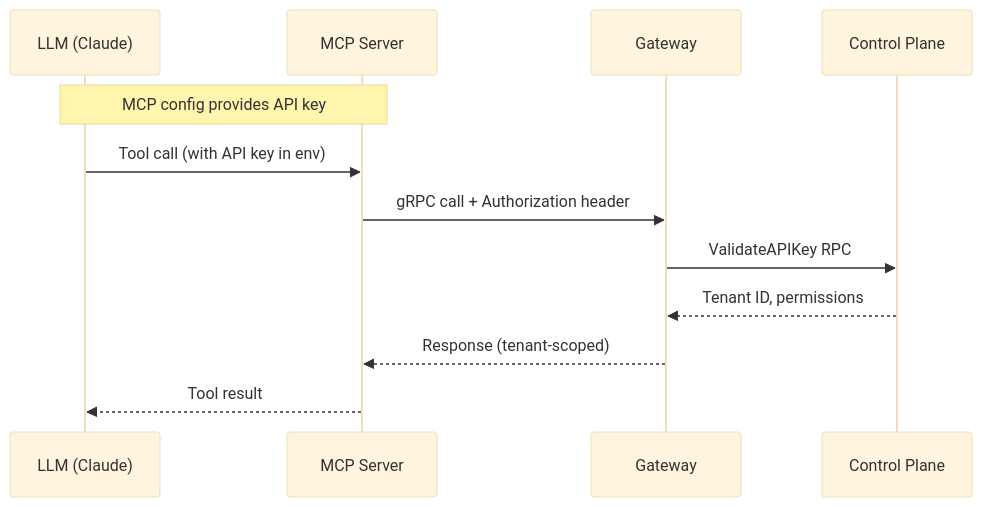
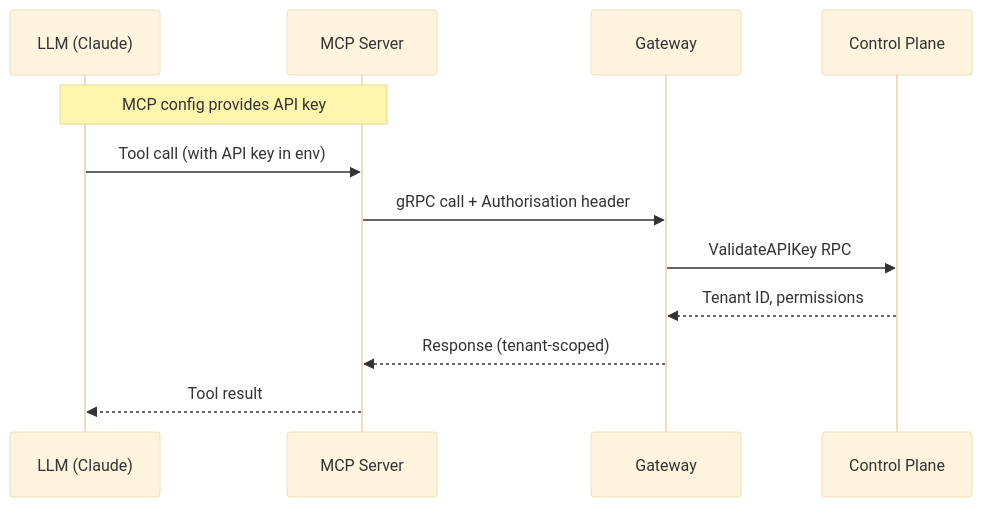
Before and after one commit to meridianhub/meridian: the third of 6 diagrams in docs/prd/027-mcp-server.md, drawn with Mermaid (base theme). The commit also changed other lines of this file and 126 other files, not shown here.

````diff
--- a/docs/prd/027-mcp-server.md
+++ b/docs/prd/027-mcp-server.md
@@ -1034,15 +1034,15 @@
 ```mermaid
 sequenceDiagram
     participant LLM as LLM (Claude)
     participant MCP as MCP Server
     participant GW as Gateway
     participant CP as Control Plane
 
     Note over LLM,MCP: MCP config provides API key
     LLM->>MCP: Tool call (with API key in env)
-    MCP->>GW: gRPC call + Authorization header
+    MCP->>GW: gRPC call + Authorisation header
     GW->>CP: ValidateAPIKey RPC
     CP-->>GW: Tenant ID, permissions
     GW-->>MCP: Response (tenant-scoped)
     MCP-->>LLM: Tool result
 ```
````
